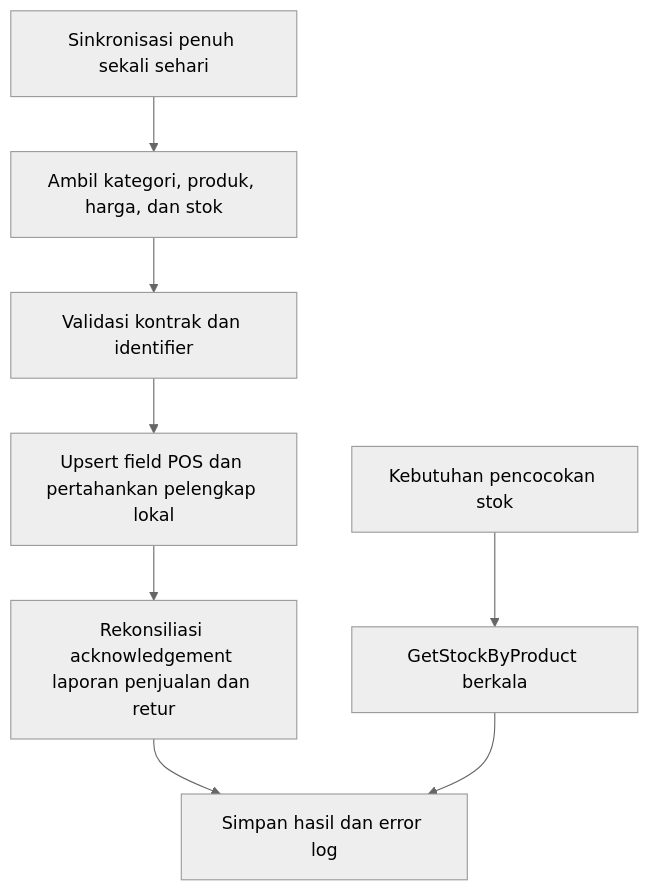
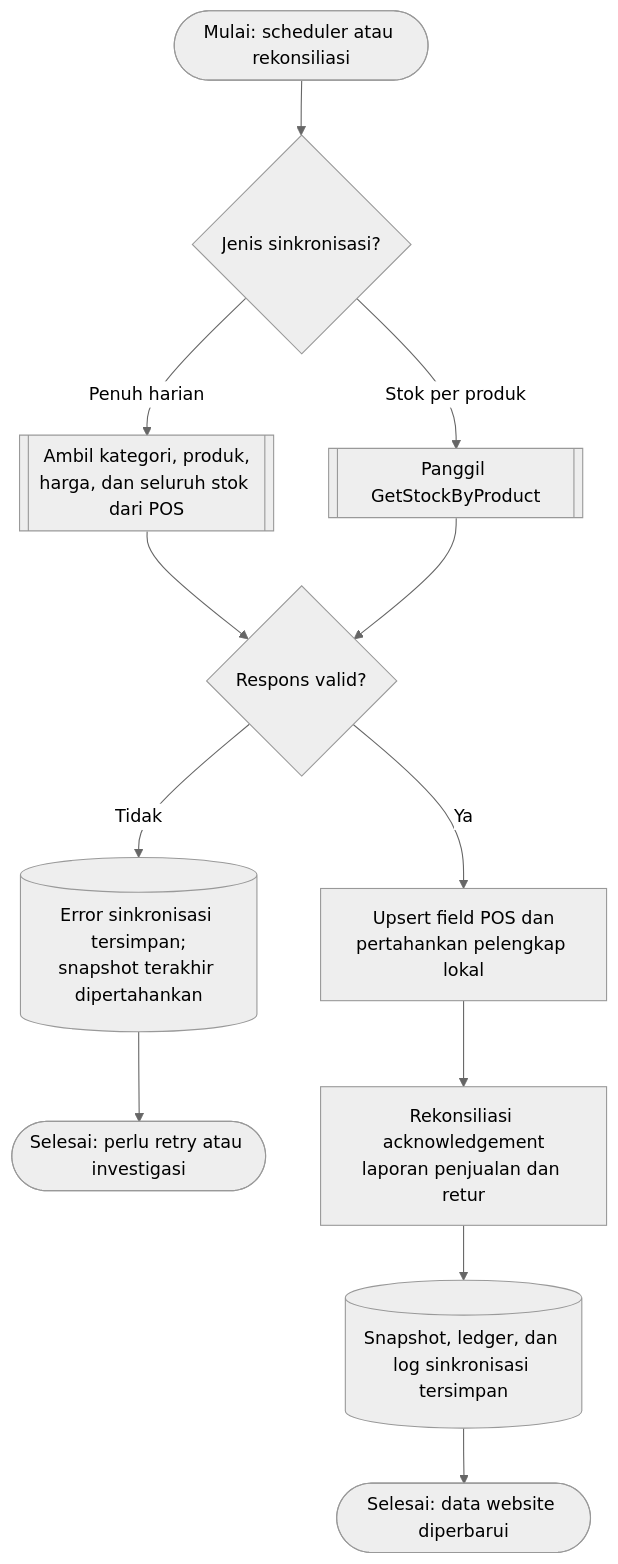
Before and after one commit to Webekspres/pixel-komunika: the fourth of 4 diagrams in docs/requirements/BRD.md, drawn with Mermaid (neutral theme). The commit also changed other lines of this file and 1 other file, not shown here.

Commit message:
docs: close resolved questions and standardize flows

````diff
--- a/docs/requirements/BRD.md
+++ b/docs/requirements/BRD.md
@@ -340,10 +386,14 @@
 ```mermaid
 flowchart TD
-    A[Sinkronisasi penuh sekali sehari] --> B[Ambil kategori, produk, harga, dan stok]
-    B --> C[Validasi kontrak dan identifier]
-    C --> D[Upsert field POS dan pertahankan pelengkap lokal]
-    D --> E[Rekonsiliasi acknowledgement laporan penjualan dan retur]
-    E --> F[Simpan hasil dan error log]
-    G[Kebutuhan pencocokan stok] --> H[GetStockByProduct berkala]
-    H --> F
+    A(["Mulai: scheduler atau rekonsiliasi"]) --> B{"Jenis sinkronisasi?"}
+    B -->|Penuh harian| C[["Ambil kategori, produk,<br/>harga, dan seluruh stok dari POS"]]
+    B -->|Stok per produk| D[["Panggil GetStockByProduct"]]
+    C --> E{"Respons valid?"}
+    D --> E
+    E -->|Tidak| F[("Error sinkronisasi tersimpan;<br/>snapshot terakhir dipertahankan")]
+    F --> G(["Selesai: perlu retry atau investigasi"])
+    E -->|Ya| H["Upsert field POS dan<br/>pertahankan pelengkap lokal"]
+    H --> I["Rekonsiliasi acknowledgement<br/>laporan penjualan dan retur"]
+    I --> J[("Snapshot, ledger, dan log sinkronisasi tersimpan")]
+    J --> K(["Selesai: data website diperbarui"])
 ```
````
